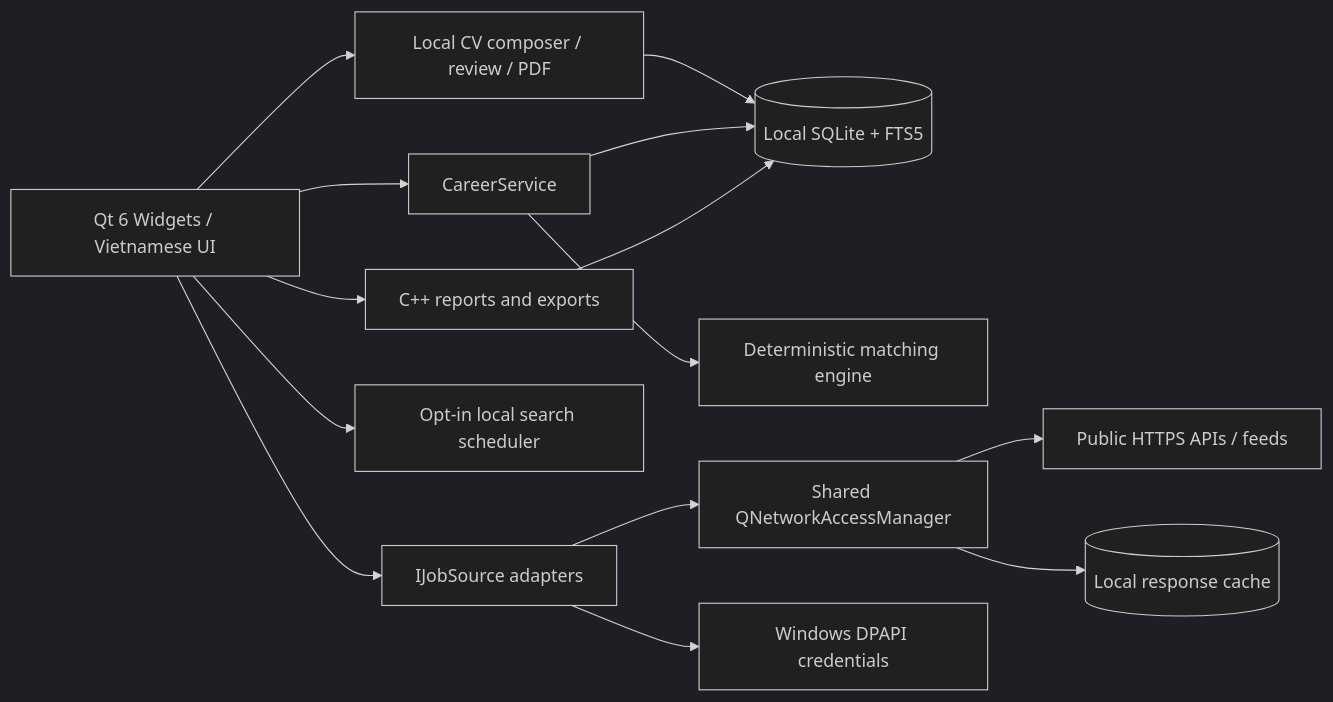
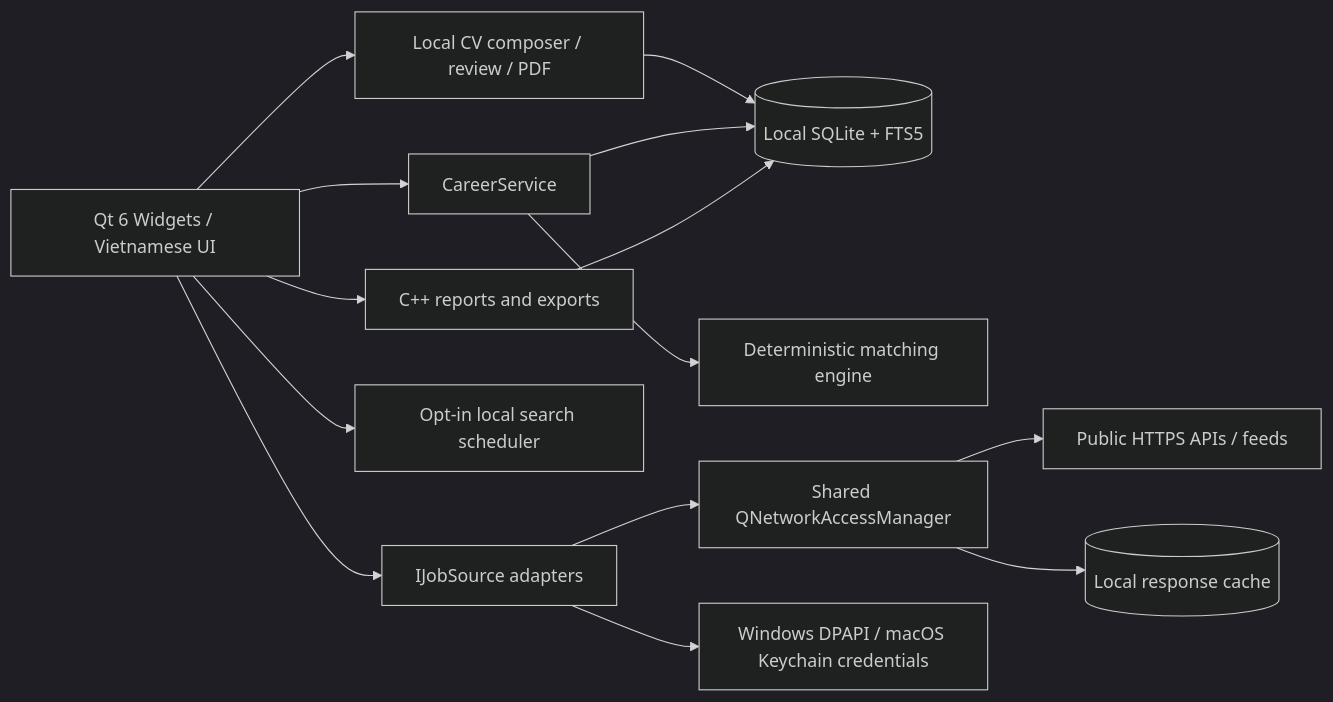
Before and after one commit to dakiemdarktharr/PathWeave: the first of 2 diagrams in README.md, drawn with Mermaid (dark theme). The commit also changed other lines of this file and 6 other files, not shown here.

Commit message:
feat: add macOS Keychain credential storage

````diff
--- a/README.md
+++ b/README.md
@@ -60,16 +60,16 @@
 ```mermaid
 flowchart LR
   UI[Qt 6 Widgets / Vietnamese UI] --> Service[CareerService]
   UI --> Reports[C++ reports and exports]
   UI --> CV[Local CV composer / review / PDF]
   CV --> DB
   UI --> Scheduler[Opt-in local search scheduler]
   Service --> DB[(Local SQLite + FTS5)]
   Reports --> DB
   Service --> Matching[Deterministic matching engine]
   UI --> Sources[IJobSource adapters]
   Sources --> Network[Shared QNetworkAccessManager]
   Network --> Public[Public HTTPS APIs / feeds]
   Network --> Cache[(Local response cache)]
-  Sources --> Secrets[Windows DPAPI credentials]
+  Sources --> Secrets[Windows DPAPI / macOS Keychain credentials]
 ```
````
